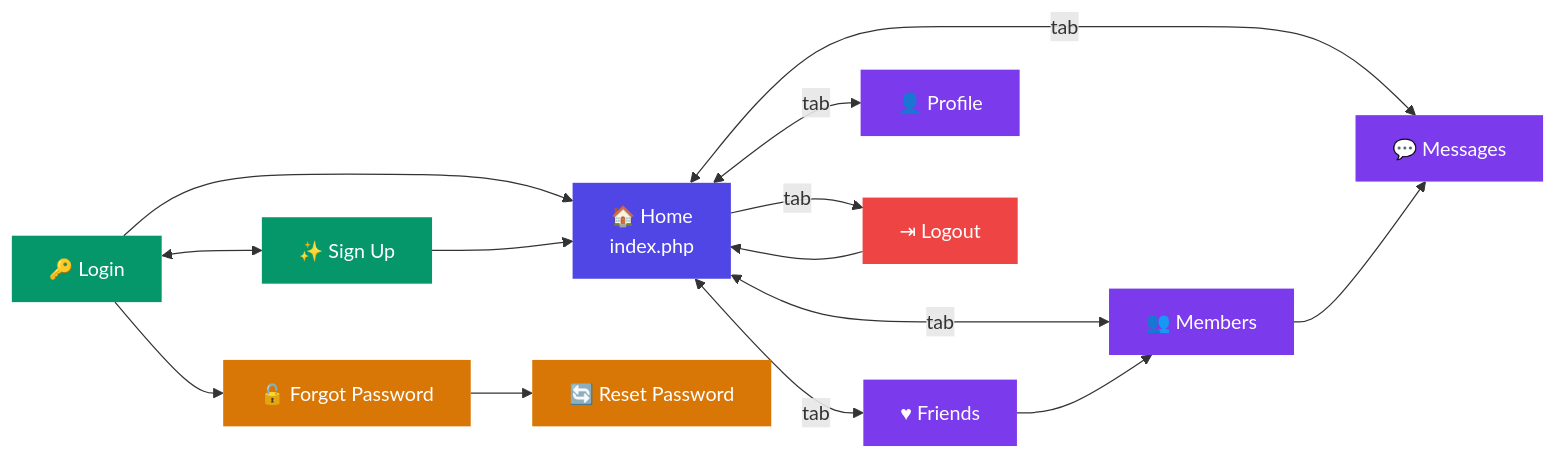
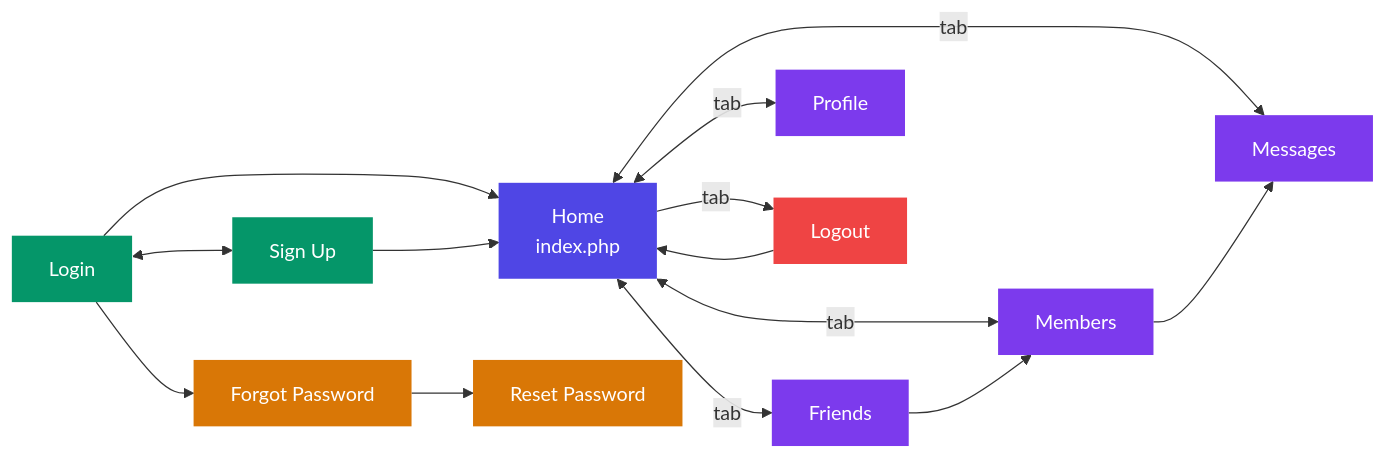
One commit to ShehrozMirza/MessengerChat changed the fourth of 4 diagrams in README.md. Above: the diagram before and after it, drawn with Mermaid. The commit also changed other lines of this file and 2 other files, not shown here.

````diff
--- a/README.md
+++ b/README.md
@@ -426,39 +418,39 @@
 ```mermaid
 flowchart LR
-    Home["🏠 Home\nindex.php"]
-    Login["🔑 Login"]
-    Signup["✨ Sign Up"]
-    Forgot["🔓 Forgot Password"]
-    Reset["🔄 Reset Password"]
-    Messages["💬 Messages"]
-    Members["👥 Members"]
-    Friends["♥ Friends"]
-    Profile["👤 Profile"]
-    Logout["⇥ Logout"]
+    Home["Home\nindex.php"]
+    Login["Login"]
+    Signup["Sign Up"]
+    Forgot["Forgot Password"]
+    Reset["Reset Password"]
+    Messages["Messages"]
+    Members["Members"]
+    Friends["Friends"]
+    Profile["Profile"]
+    Logout["Logout"]
 
     Home <-->|tab| Messages
     Home <-->|tab| Members
     Home <-->|tab| Friends
     Home <-->|tab| Profile
     Home -->|tab| Logout
 
     Login  <--> Signup
     Login  --> Forgot --> Reset
     Login  --> Home
     Signup --> Home
     Logout --> Home
 
     Members --> Messages
     Friends --> Members
 
     style Home     fill:#4f46e5,color:#fff,stroke:none
     style Messages fill:#7c3aed,color:#fff,stroke:none
     style Members  fill:#7c3aed,color:#fff,stroke:none
     style Friends  fill:#7c3aed,color:#fff,stroke:none
     style Profile  fill:#7c3aed,color:#fff,stroke:none
     style Login    fill:#059669,color:#fff,stroke:none
     style Signup   fill:#059669,color:#fff,stroke:none
     style Forgot   fill:#d97706,color:#fff,stroke:none
     style Reset    fill:#d97706,color:#fff,stroke:none
     style Logout   fill:#ef4444,color:#fff,stroke:none
 ```
````
